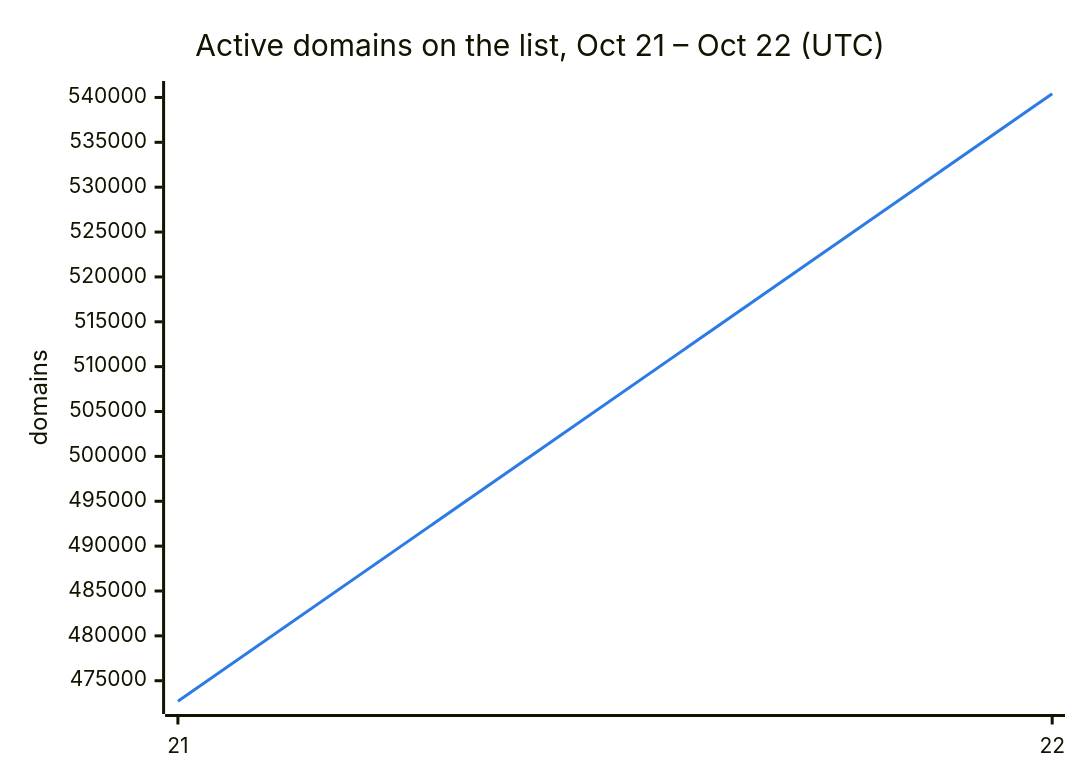
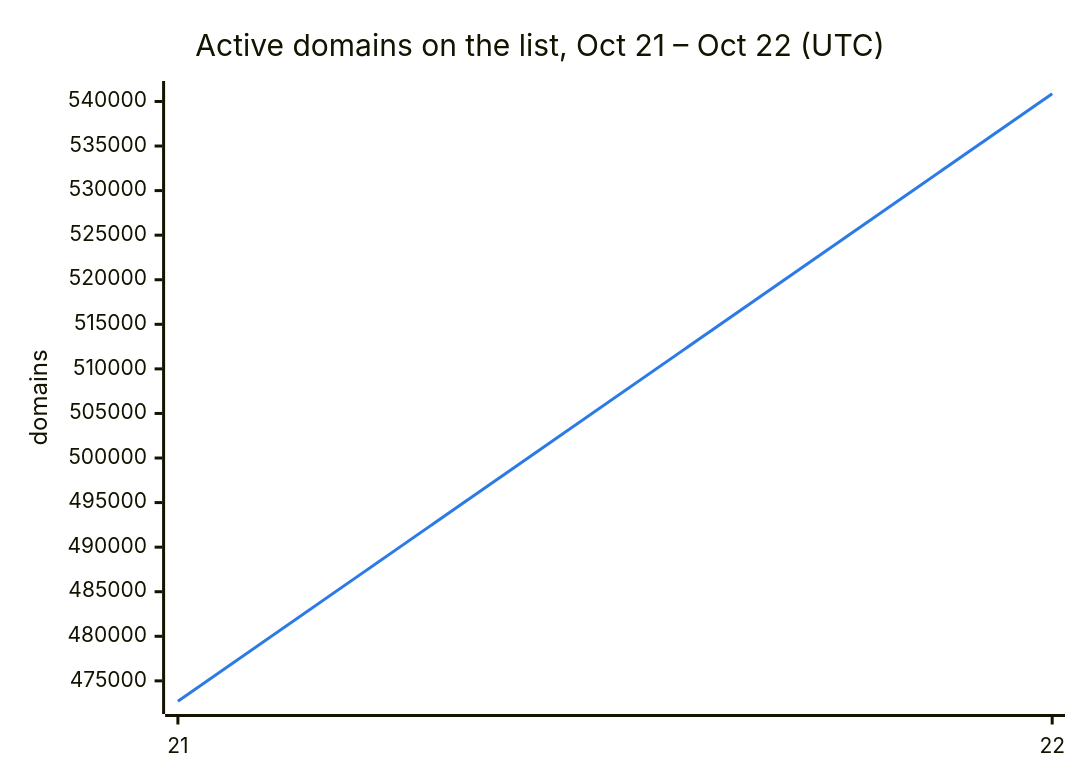
One commit to DNSBunker/CTI changed the second of 3 diagrams in README.md. Above: the diagram before and after it, drawn with Mermaid. The commit also changed other lines of this file and 3 other files, not shown here.

````diff
--- a/README.md
+++ b/README.md
@@ -38,8 +38,8 @@
 ```mermaid
 %%{init: {"themeVariables": {"xyChart": {"plotColorPalette": "#2c7be5"}}}}%%
 xychart-beta
     title "Active domains on the list, Oct 21 – Oct 22 (UTC)"
     x-axis ["21", "22"]
     y-axis "domains"
-    line [472713, 540412]
+    line [472713, 540866]
 ```
````
